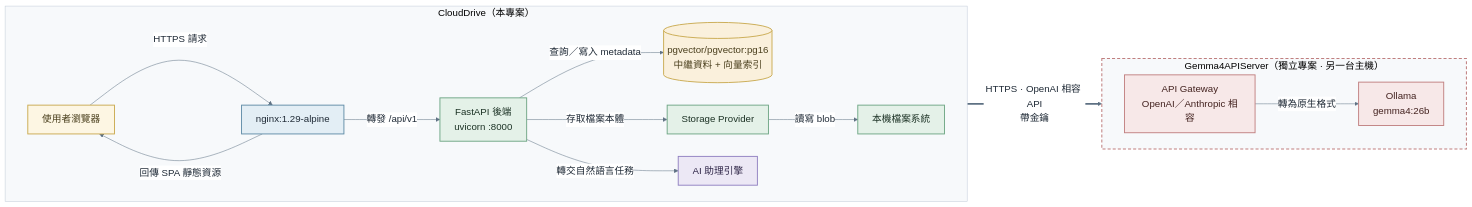
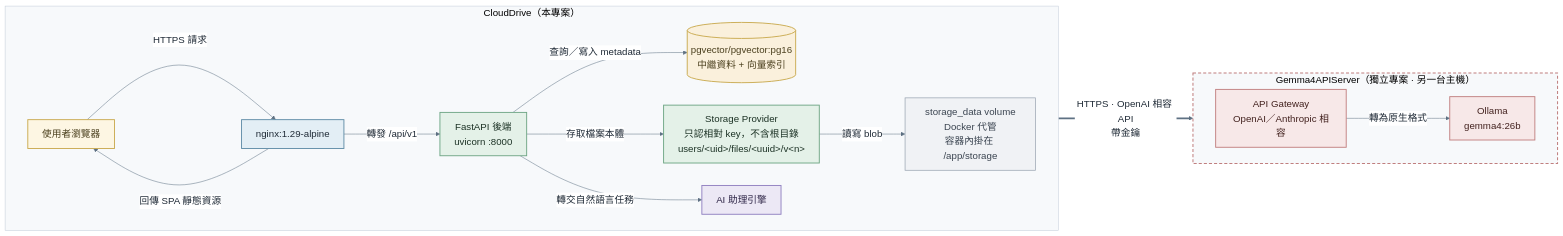
Before and after one commit to billwu101/CloudDrive: the diagram in doc/ppt/src/04-arch.mmd, drawn with Mermaid. The commit also changed 3 other files, not shown here.

First line of the commit message:
docs(ppt): 儲存路徑標進架構圖，並新增 P21 檔案實際落在哪裡

```diff
--- a/doc/ppt/src/04-arch.mmd
+++ b/doc/ppt/src/04-arch.mmd
@@ -1,31 +1,32 @@
 %%{init: {'theme':'base','themeVariables':{'fontFamily':'PingFang TC, Avenir Next, Helvetica Neue, Arial, sans-serif','fontSize':'19px','primaryColor':'#eef1f5','primaryBorderColor':'#8b98a8','primaryTextColor':'#1f2a36','lineColor':'#5e7183','edgeLabelBackground':'#ffffff','clusterBkg':'#f7f9fb','clusterBorder':'#c2ccd8'},'flowchart':{'curve':'basis','nodeSpacing':44,'rankSpacing':64,'padding':14}}}%%
 graph LR
   subgraph CD["CloudDrive（本專案）"]
     direction LR
     U["使用者瀏覽器"] -->|"HTTPS 請求"| NX["nginx:1.29-alpine"]
     NX -->|"回傳 SPA 靜態資源"| U
     NX -->|"轉發 /api/v1"| BE["FastAPI 後端<br/>uvicorn :8000"]
     BE -->|"查詢／寫入 metadata"| PG[("pgvector/pgvector:pg16<br/>中繼資料 + 向量索引")]
-    BE -->|"存取檔案本體"| SP2["Storage Provider"]
-    SP2 -->|"讀寫 blob"| FS["本機檔案系統"]
+    BE -->|"存取檔案本體"| SP2["Storage Provider<br/>只認相對 key，不含根目錄<br/>users/&lt;uid&gt;/files/&lt;uuid&gt;/v&lt;n&gt;"]
+    SP2 -->|"讀寫 blob"| FS["storage_data volume<br/>Docker 代管<br/>容器內掛在 /app/storage"]
     BE -->|"轉交自然語言任務"| AS["AI 助理引擎"]
   end
   subgraph EXT["Gemma4APIServer（獨立專案 · 另一台主機）"]
     direction LR
     GW["API Gateway<br/>OpenAI／Anthropic 相容"] -->|"轉為原生格式"| OL["Ollama<br/>gemma4:26b"]
   end
   AS ==>|"HTTPS · OpenAI 相容 API<br/>帶金鑰"| GW
   classDef user fill:#fdf6e3,stroke:#c9a94e,stroke-width:1.8px,color:#4a3f1d
   classDef front fill:#e3eef5,stroke:#5e8ba6,stroke-width:1.8px,color:#1f2a36
   classDef back fill:#e4f1e8,stroke:#6da583,stroke-width:1.8px,color:#1c3225
   classDef db fill:#faf0dc,stroke:#c9a94e,stroke-width:1.8px,color:#4a3f1d
   classDef vol fill:#f0f2f5,stroke:#98a3b0,stroke-width:1.4px,color:#3a4450
   classDef ai fill:#ece8f5,stroke:#8f7fc0,stroke-width:1.8px,color:#2e2547
   classDef edge fill:#f7e8e8,stroke:#c07f7f,stroke-width:1.8px,color:#43221f
   class U user
   class NX front
-  class BE,SP2,FS back
+  class BE,SP2 back
+  class FS vol
   class PG db
   class AS ai
   class GW,OL edge
   style EXT stroke-dasharray: 6 4,stroke:#c07f7f,stroke-width:2px
```
